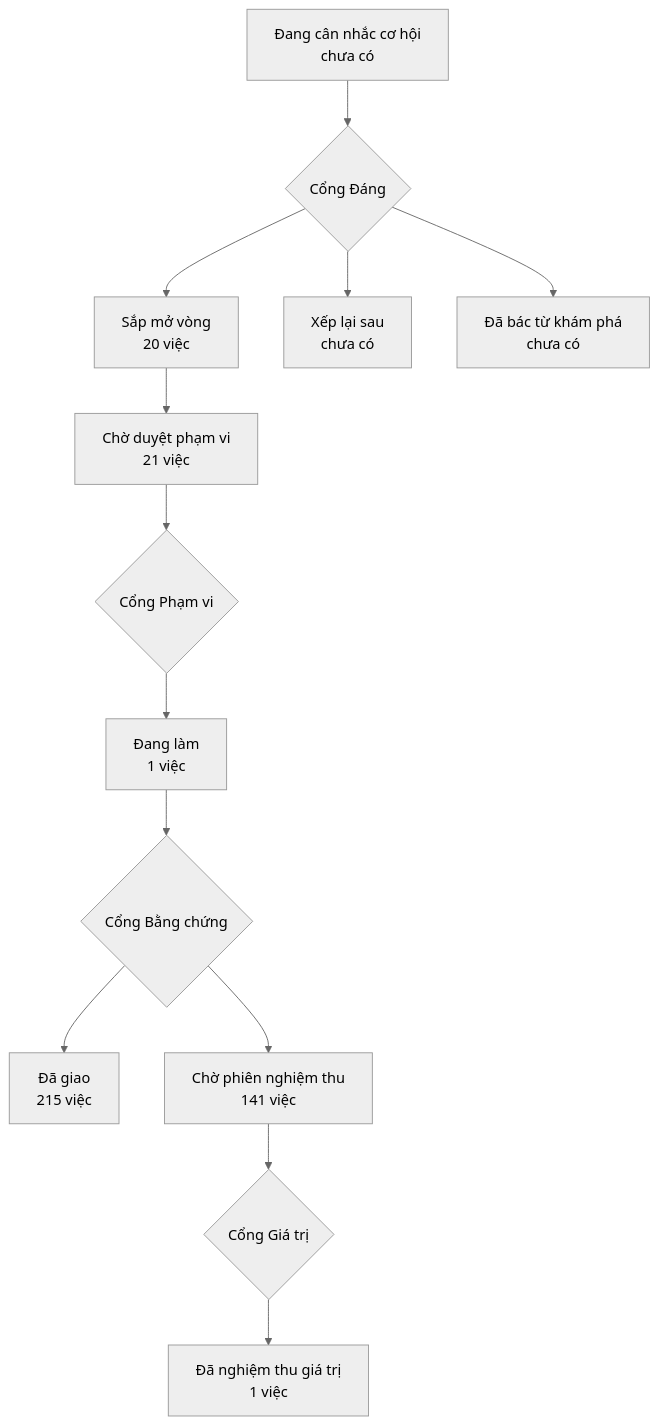
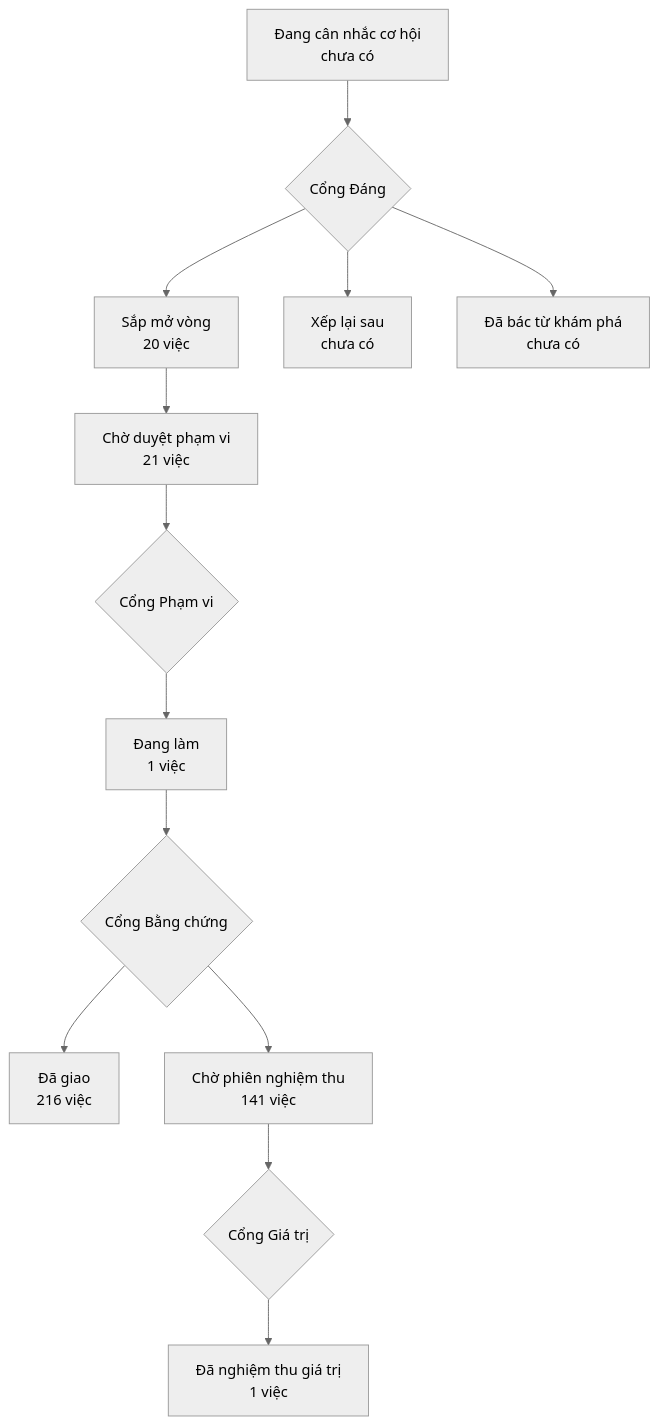
The diagram in PRODUCT-MAP.md (phanlemanh/onehub-invest), drawn with Mermaid (neutral theme) before and after one commit. The commit also changed other lines of this file and 1 other file, not shown here.

Commit message:
chore: vẽ lại bản đồ sản phẩm sau khi gộp main

````diff
--- a/PRODUCT-MAP.md
+++ b/PRODUCT-MAP.md
@@ -7,12 +7,12 @@
 ```mermaid
 flowchart TD
   A["Đang cân nhắc cơ hội<br/>chưa có"] --> GD{"Cổng Đáng"}
   GD --> B["Sắp mở vòng<br/>20 việc"]
   GD --> XL["Xếp lại sau<br/>chưa có"]
   GD --> DB["Đã bác từ khám phá<br/>chưa có"]
   B --> CD["Chờ duyệt phạm vi<br/>21 việc"] --> GP{"Cổng Phạm vi"}
   GP --> DL["Đang làm<br/>1 việc"] --> GB{"Cổng Bằng chứng"}
-  GB --> DG["Đã giao<br/>215 việc"]
+  GB --> DG["Đã giao<br/>216 việc"]
   GB --> CN["Chờ phiên nghiệm thu<br/>141 việc"] --> GG{"Cổng Giá trị"}
   GG --> NT["Đã nghiệm thu giá trị<br/>1 việc"]
 ```
````
